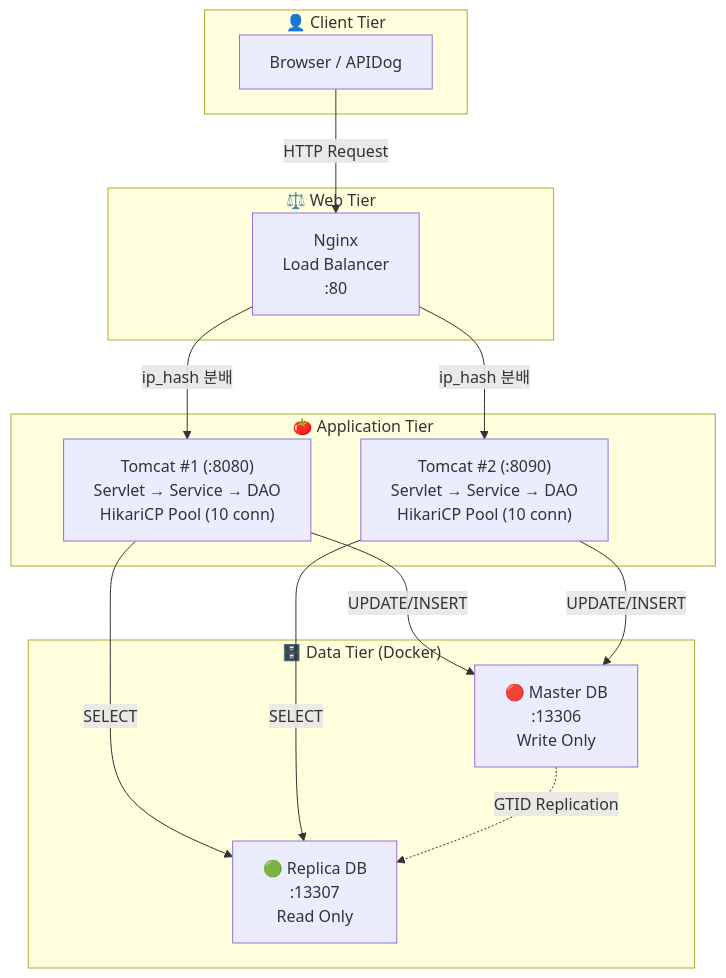
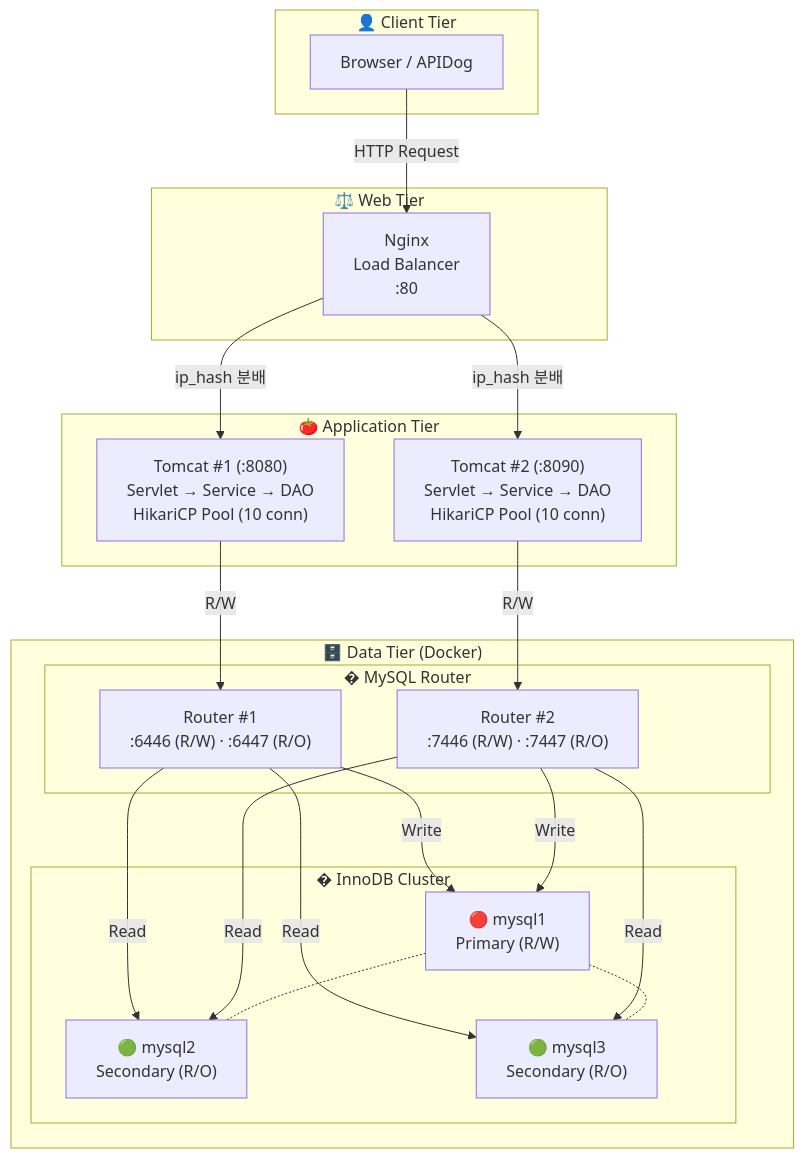
The first of 3 diagrams in README.md (PetterChanHyuk/Woori-FISA_3-Tier-Architecture), drawn with Mermaid before and after one commit. The commit also changed other lines of this file and 2 other files, not shown here.

Commit message:
feat: Use InnoDB Cluster & MySQL Router

````diff
--- a/README.md
+++ b/README.md
@@ -11,29 +11,41 @@
 ```mermaid
 flowchart TB
     subgraph CLIENT ["👤 Client Tier"]
         Browser["Browser / APIDog"]
     end
 
     subgraph WEB ["⚖️ Web Tier"]
         Nginx["Nginx<br/>Load Balancer<br/>:80"]
     end
 
     subgraph APP ["🍅 Application Tier"]
         T1["Tomcat #1 (:8080)<br/>Servlet → Service → DAO<br/>HikariCP Pool (10 conn)"]
         T2["Tomcat #2 (:8090)<br/>Servlet → Service → DAO<br/>HikariCP Pool (10 conn)"]
     end
 
     subgraph DATA ["🗄️ Data Tier (Docker)"]
-        Master["🔴 Master DB<br/>:13306<br/>Write Only"]
-        Replica["🟢 Replica DB<br/>:13307<br/>Read Only"]
+        subgraph ROUTER ["� MySQL Router"]
+            R1["Router #1<br/>:6446 (R/W) · :6447 (R/O)"]
+            R2["Router #2<br/>:7446 (R/W) · :7447 (R/O)"]
+        end
+        subgraph CLUSTER ["�️ InnoDB Cluster"]
+            M1["🔴 mysql1<br/>Primary (R/W)"]
+            M2["🟢 mysql2<br/>Secondary (R/O)"]
+            M3["🟢 mysql3<br/>Secondary (R/O)"]
+        end
     end
 
     Browser -->|"HTTP Request"| Nginx
     Nginx -->|"ip_hash 분배"| T1
     Nginx -->|"ip_hash 분배"| T2
-    T1 -->|"UPDATE/INSERT"| Master
-    T1 -->|"SELECT"| Replica
-    T2 -->|"UPDATE/INSERT"| Master
-    T2 -->|"SELECT"| Replica
-    Master -.->|"GTID Replication"| Replica
+    T1 -->|"R/W"| R1
+    T2 -->|"R/W"| R2
+    R1 -->|"Write"| M1
+    R1 -->|"Read"| M2
+    R1 -->|"Read"| M3
+    R2 -->|"Write"| M1
+    R2 -->|"Read"| M2
+    R2 -->|"Read"| M3
+    M1 <-.- M2
+    M1 <-.- M3
 ```
````
